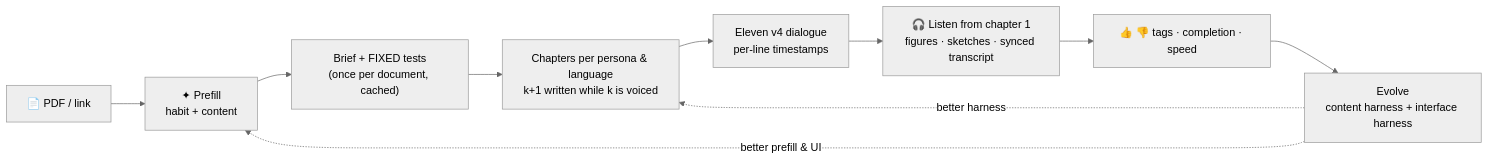
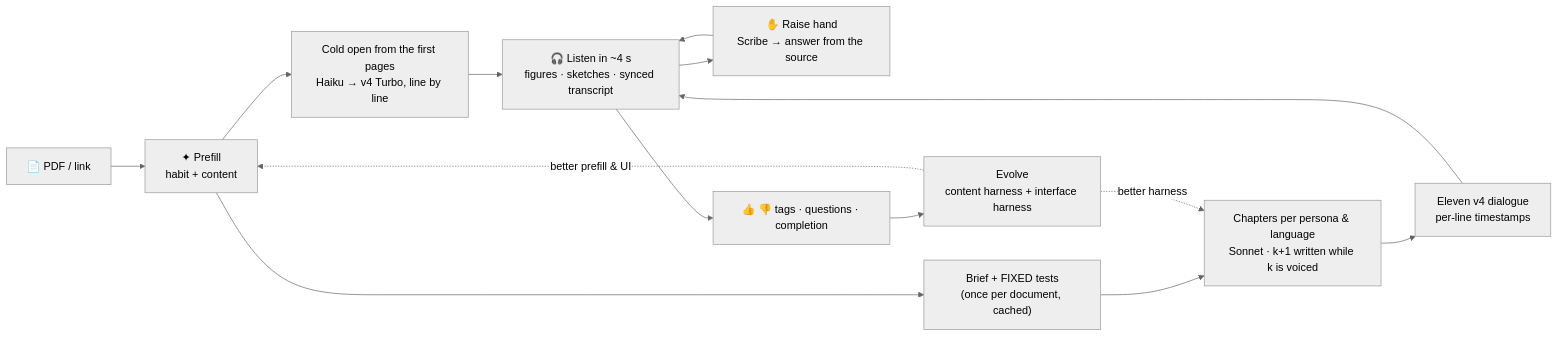
Before and after one commit to LittleA-Agentic-RL-Harness/evocast: the diagram in README.md, drawn with Mermaid (neutral theme). The commit also changed other lines of this file and 75 other files, not shown here.

First line of the commit message:
v0.5: first words in four seconds, raise your hand, twelve languages (#26)

````diff
--- a/README.md
+++ b/README.md
@@ -89,12 +92,16 @@
 ```mermaid
 flowchart LR
   A["📄 PDF / link"] --> P["✦ Prefill<br/>habit + content"]
+  P --> O["Cold open from the first pages<br/>Haiku → v4 Turbo, line by line"]
   P --> B["Brief + FIXED tests<br/>(once per document, cached)"]
-  B --> S["Chapters per persona & language<br/>k+1 written while k is voiced"]
+  O --> L
+  B --> S["Chapters per persona & language<br/>Sonnet · k+1 written while k is voiced"]
   S --> T["Eleven v4 dialogue<br/>per-line timestamps"]
-  T --> L["🎧 Listen from chapter 1<br/>figures · sketches · synced transcript"]
-  L --> F["👍 👎 tags · completion · speed"]
+  T --> L["🎧 Listen in ~4 s<br/>figures · sketches · synced transcript"]
+  L --> H["✋ Raise hand<br/>Scribe → answer from the source"]
+  H --> L
+  L --> F["👍 👎 tags · questions · completion"]
   F --> E["Evolve<br/>content harness + interface harness"]
   E -. better harness .-> S
   E -. better prefill & UI .-> P
 ```
````
